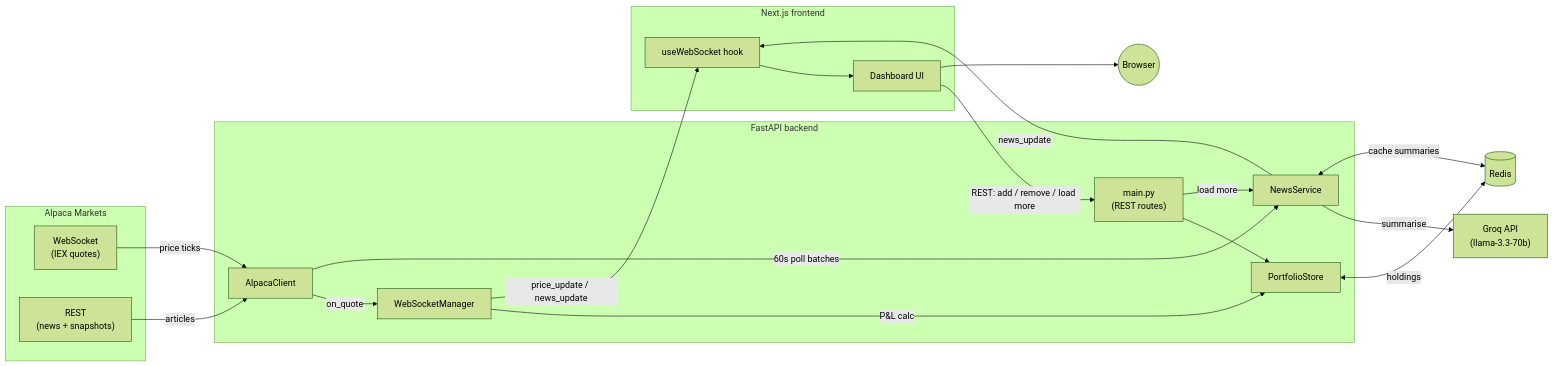
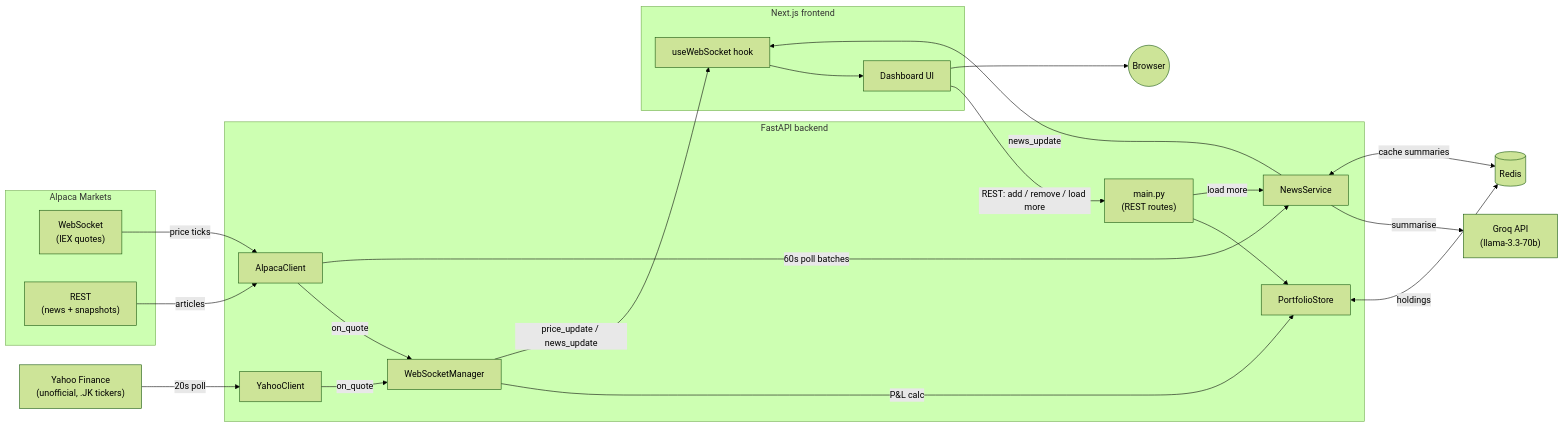
The diagram in README.md (MeidellineSurya/PortfolioLive), drawn with Mermaid (forest theme) before and after one commit. The commit also changed other lines of this file and 16 other files, not shown here.

Commit message:
feat: Indonesian (IDX) stock support via Yahoo Finance, with segregated USD/IDR totals

````diff
--- a/README.md
+++ b/README.md
@@ -9,41 +11,45 @@
 ```mermaid
 flowchart LR
     subgraph alpaca["Alpaca Markets"]
         aws["WebSocket\n(IEX quotes)"]
         arest["REST\n(news + snapshots)"]
     end
 
+    yahoo["Yahoo Finance\n(unofficial, .JK tickers)"]
     groq["Groq API\n(llama-3.3-70b)"]
     redis[("Redis")]
 
     subgraph backend["FastAPI backend"]
         routes["main.py\n(REST routes)"]
         ac["AlpacaClient"]
+        yc["YahooClient"]
         ns["NewsService"]
         wm["WebSocketManager"]
         ps["PortfolioStore"]
     end
 
     subgraph frontend["Next.js frontend"]
         hook["useWebSocket hook"]
         ui["Dashboard UI"]
     end
 
     browser(("Browser"))
 
     aws -- "price ticks" --> ac
     arest -- "articles" --> ac
+    yahoo -- "20s poll" --> yc
     ac -- "on_quote" --> wm
+    yc -- "on_quote" --> wm
     ac -- "60s poll batches" --> ns
     ns -- "summarise" --> groq
     ns <-- "cache summaries" --> redis
     ps <-- "holdings" --> redis
     wm -- "P&L calc" --> ps
     wm -- "price_update / news_update" --> hook
     ns -- "news_update" --> hook
     hook --> ui
     routes --> ps
     routes -- "load more" --> ns
     ui -- "REST: add / remove / load more" --> routes
     ui --> browser
 ```
````
